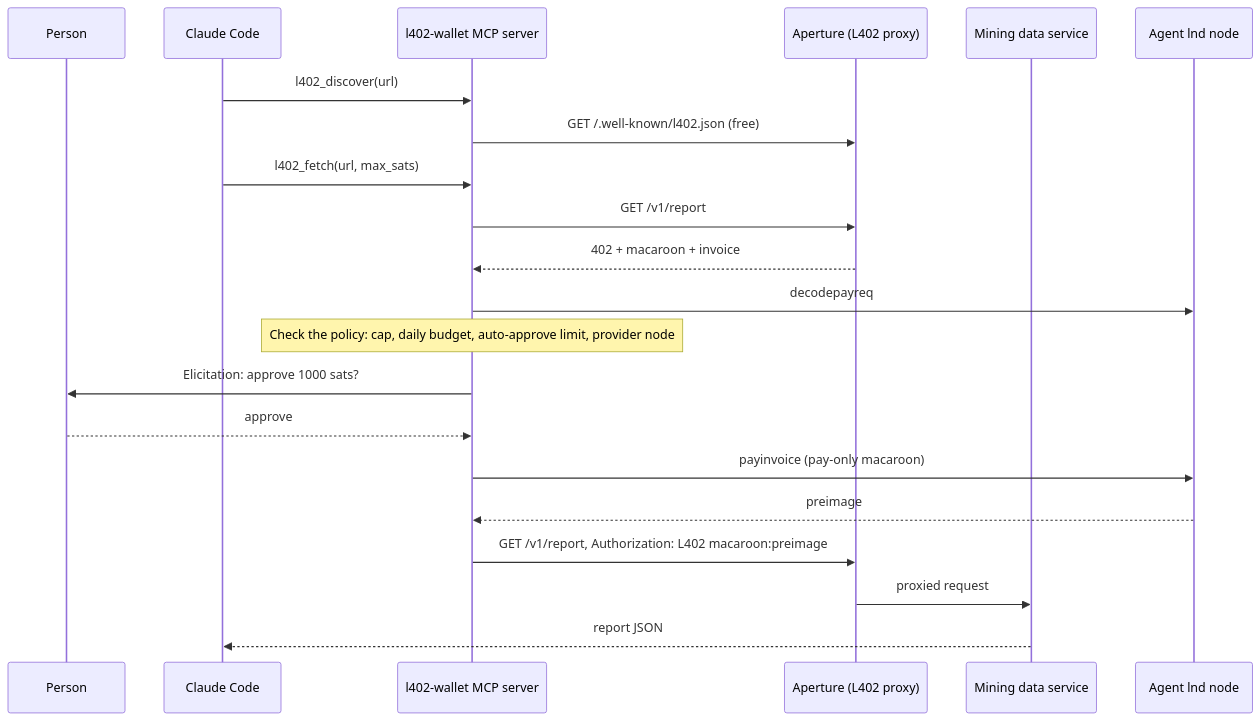
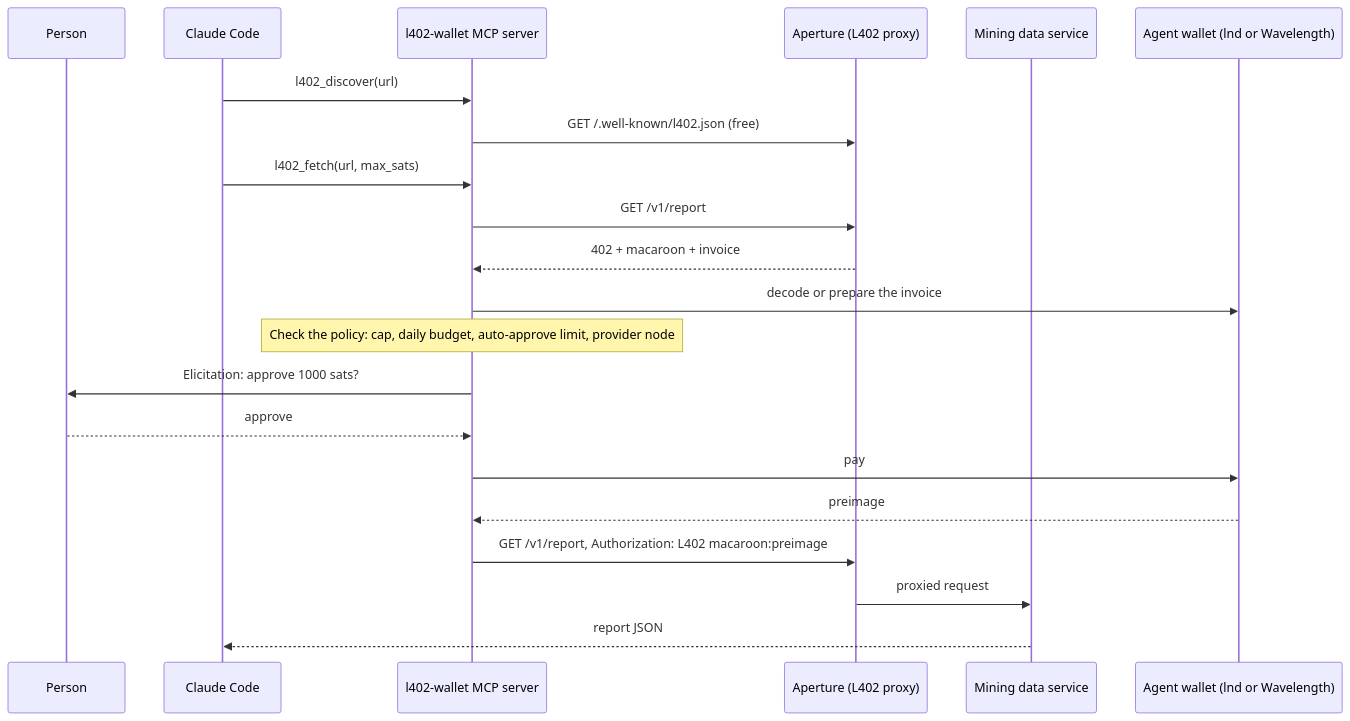
The diagram in README.md (admin-raintree/l402-agent-demo), drawn with Mermaid before and after one commit. The commit also changed other lines of this file, not shown here.

````diff
--- a/README.md
+++ b/README.md
@@ -21,24 +19,24 @@
 ```mermaid
 sequenceDiagram
     participant H as Person
     participant A as Claude Code
     participant W as l402-wallet MCP server
     participant P as Aperture (L402 proxy)
     participant S as Mining data service
-    participant N as Agent lnd node
+    participant N as Agent wallet (lnd or Wavelength)
 
     A->>W: l402_discover(url)
     W->>P: GET /.well-known/l402.json (free)
     A->>W: l402_fetch(url, max_sats)
     W->>P: GET /v1/report
     P-->>W: 402 + macaroon + invoice
-    W->>N: decodepayreq
+    W->>N: decode or prepare the invoice
     Note over W: Check the policy: cap, daily budget, auto-approve limit, provider node
     W->>H: Elicitation: approve 1000 sats?
     H-->>W: approve
-    W->>N: payinvoice (pay-only macaroon)
+    W->>N: pay
     N-->>W: preimage
     W->>P: GET /v1/report, Authorization: L402 macaroon:preimage
     P->>S: proxied request
     S-->>A: report JSON
 ```
````
